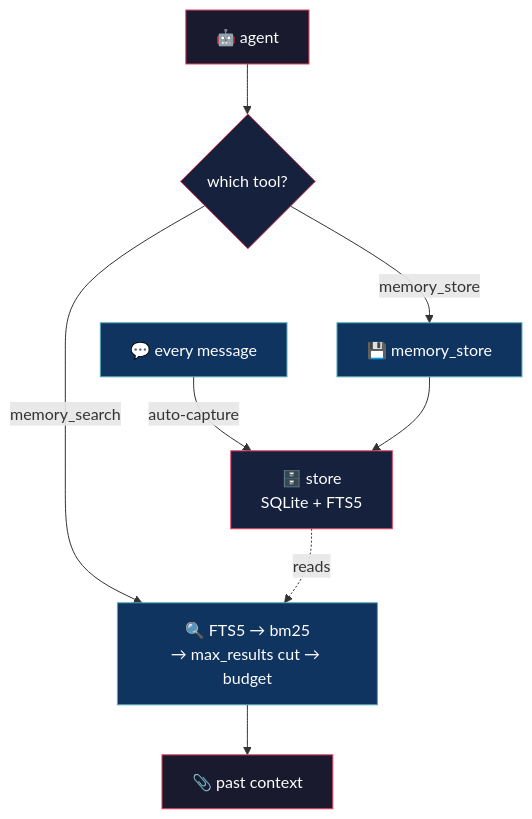
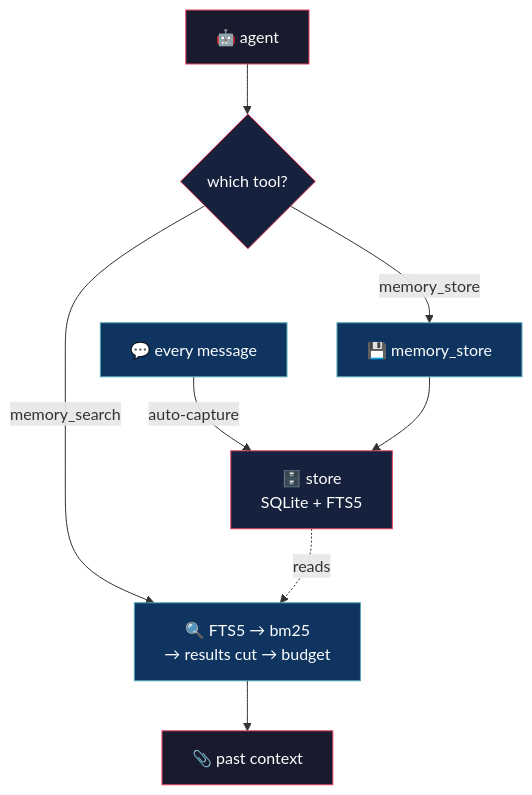
One commit to alejo54dev/opencode-deep-memory changed the diagram in README.md. Above: the diagram before and after it, drawn with Mermaid. The commit also changed other lines of this file and 2 other files, not shown here.

Commit message:
chore: v1.1.35 — fixed results (10/20), config 3 keys

````diff
--- a/README.md
+++ b/README.md
@@ -39,21 +39,21 @@
 ```mermaid
 flowchart TD
     AGENT["🤖 agent"] --> D{"which tool?"}
 
     MSG["💬 every message"] -->|"auto-capture"| STORE["🗄️ store<br/>SQLite + FTS5"]
 
-    D -->|"memory_search"| READ["🔍 FTS5 → bm25<br/>→ max_results cut → budget"]
+    D -->|"memory_search"| READ["🔍 FTS5 → bm25<br/>→ results cut → budget"]
     D -->|"memory_store"| WRITE["💾 memory_store"]
 
     WRITE --> STORE
     STORE -. "reads" .-> READ
     READ --> OUT["📎 past context"]
 
     style AGENT fill:#1a1a2e,stroke:#e94560,color:#fff
     style D fill:#16213e,stroke:#e94560,color:#fff
     style MSG fill:#0f3460,stroke:#53a8b6,color:#fff
     style STORE fill:#16213e,stroke:#e94560,color:#fff
     style READ fill:#0f3460,stroke:#53a8b6,color:#fff
     style WRITE fill:#0f3460,stroke:#53a8b6,color:#fff
     style OUT fill:#1a1a2e,stroke:#e94560,color:#fff
 ```
````
